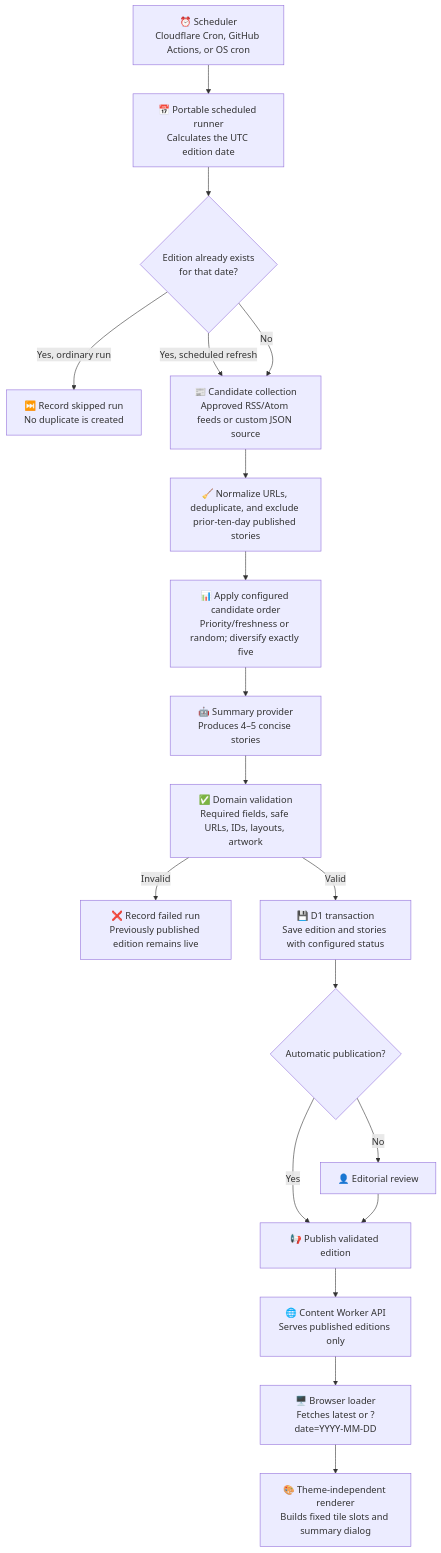
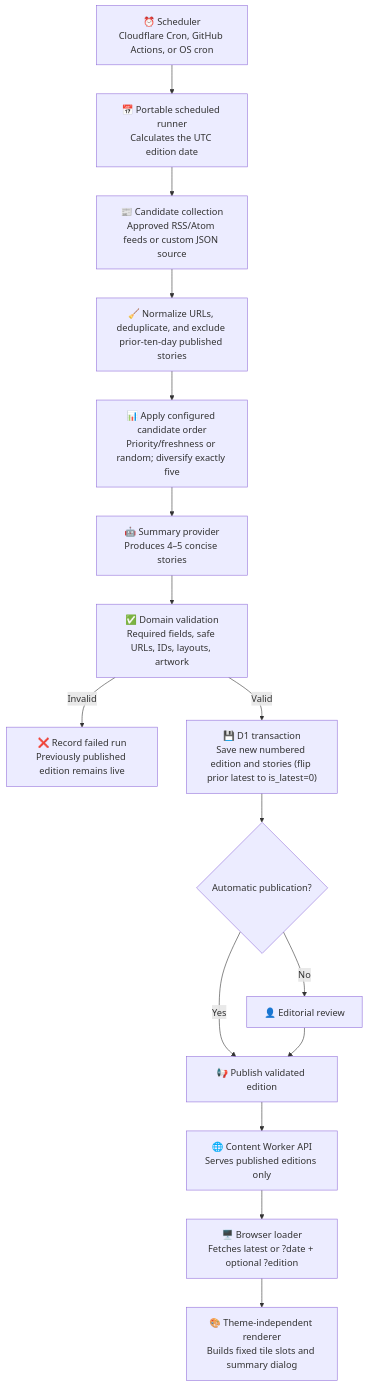
Before and after one commit to RadheCode/AINuggets: the diagram in docs/CONTENT_ENGINE.md, drawn with Mermaid. The commit also changed other lines of this file and 27 other files, not shown here.

First line of the commit message:
feat: support multi-edition per day plus SEO assets

````diff
--- a/docs/CONTENT_ENGINE.md
+++ b/docs/CONTENT_ENGINE.md
@@ -18,23 +18,19 @@
 ```mermaid
 flowchart TD
     A["⏰ Scheduler\nCloudflare Cron, GitHub Actions, or OS cron"] --> B["📅 Portable scheduled runner\nCalculates the UTC edition date"]
-    B --> C{"Edition already exists\nfor that date?"}
-
-        C -- "Yes, ordinary run" --> D["⏭️ Record skipped run\nNo duplicate is created"]
-        C -- "Yes, scheduled refresh" --> E
-        C -- "No" --> E["📰 Candidate collection\nApproved RSS/Atom feeds or custom JSON source"]
-    E --> F["🧹 Normalize URLs, deduplicate, and exclude prior-ten-day published stories"]
+        B --> E["📰 Candidate collection\nApproved RSS/Atom feeds or custom JSON source"]
+        E --> F["🧹 Normalize URLs, deduplicate, and exclude prior-ten-day published stories"]
     F --> G["📊 Apply configured candidate order\nPriority/freshness or random; diversify exactly five"]
     G --> H["🤖 Summary provider\nProduces 4–5 concise stories"]
     H --> I["✅ Domain validation\nRequired fields, safe URLs, IDs, layouts, artwork"]
 
     I -- "Invalid" --> J["❌ Record failed run\nPreviously published edition remains live"]
-    I -- "Valid" --> K["💾 D1 transaction\nSave edition and stories with configured status"]
+    I -- "Valid" --> K["💾 D1 transaction\nSave new numbered edition and stories (flip prior latest to is_latest=0)"]
     K --> L{"Automatic publication?"}
     L -- "Yes" --> M["📢 Publish validated edition"]
     L -- "No" --> Q["👤 Editorial review"] --> M
 
     M --> N["🌐 Content Worker API\nServes published editions only"]
-    N --> O["🖥️ Browser loader\nFetches latest or ?date=YYYY-MM-DD"]
+        N --> O["🖥️ Browser loader\nFetches latest or ?date + optional ?edition"]
     O --> P["🎨 Theme-independent renderer\nBuilds fixed tile slots and summary dialog"]
 ```
````
